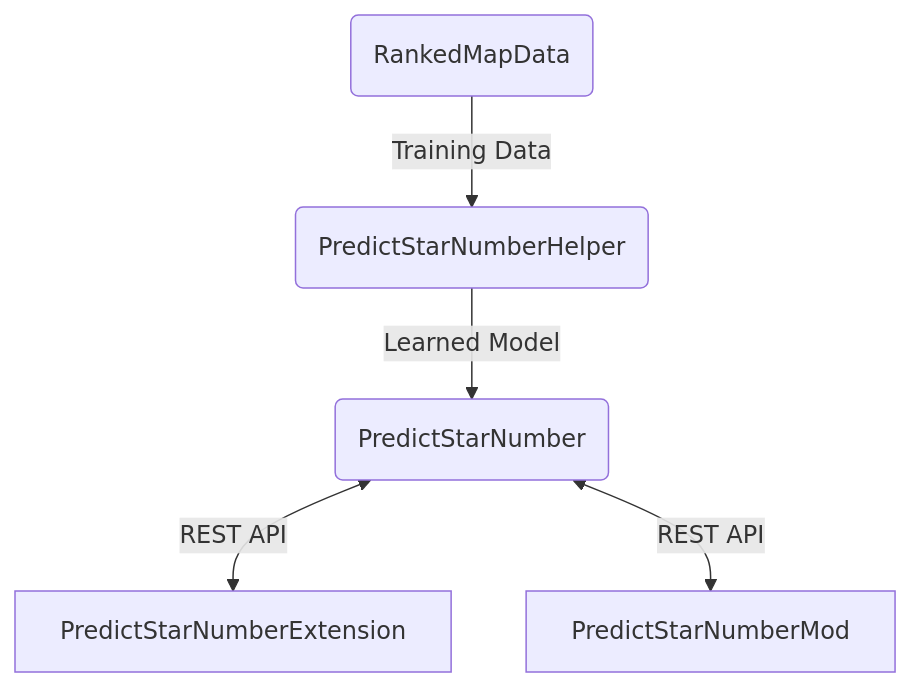
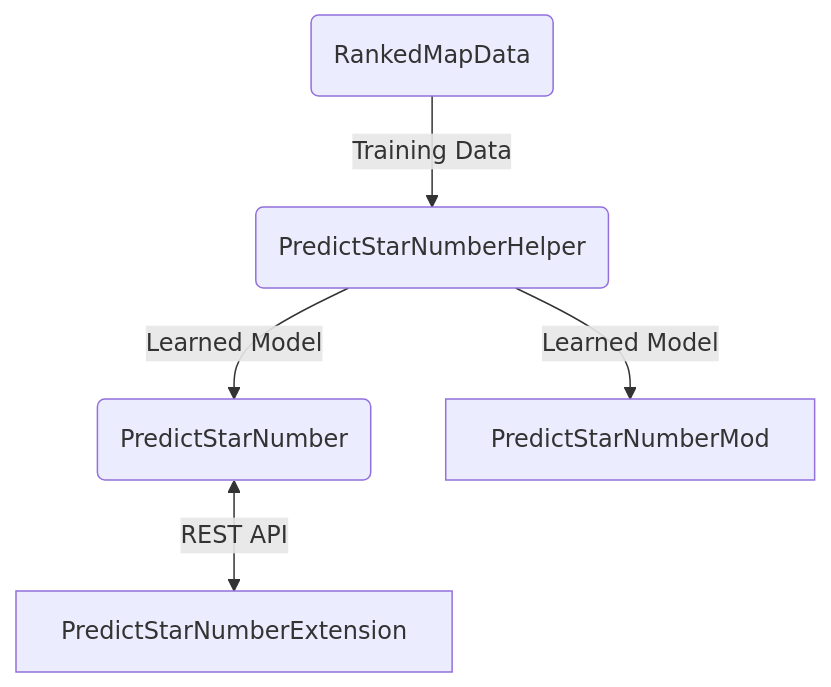
One commit to rakkyo150/PredictStarNumberHelper changed the diagram in README.md. Above: the diagram before and after it, drawn with Mermaid.

Commit message:
関係図更新

````diff
--- a/README.md
+++ b/README.md
@@ -13,7 +13,7 @@
 ```mermaid
 flowchart
     First(RankedMapData) -- Training Data --> Second(PredictStarNumberHelper)
     Second -- Learned Model --> Third(PredictStarNumber)
+    Second -- Learned Model --> PredictStarNumberMod
     Third <-- REST API --> PredictStarNumberExtension
-    Third <-- REST API --> PredictStarNumberMod
 ```
````
